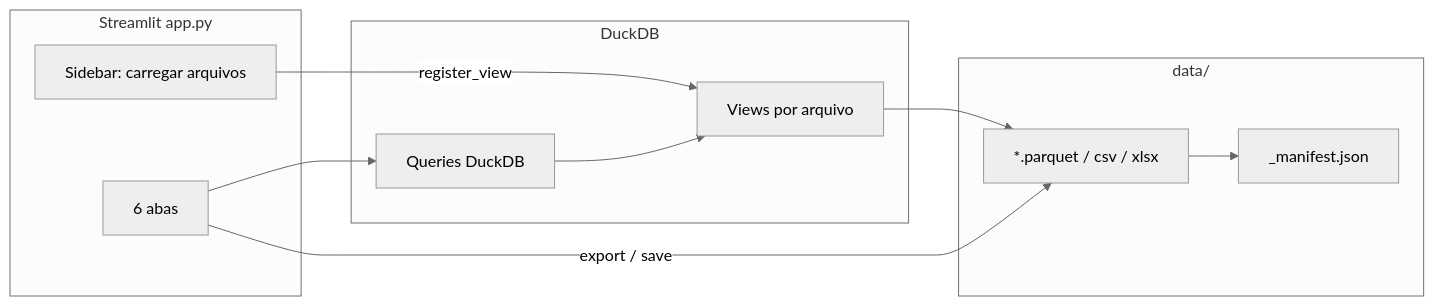
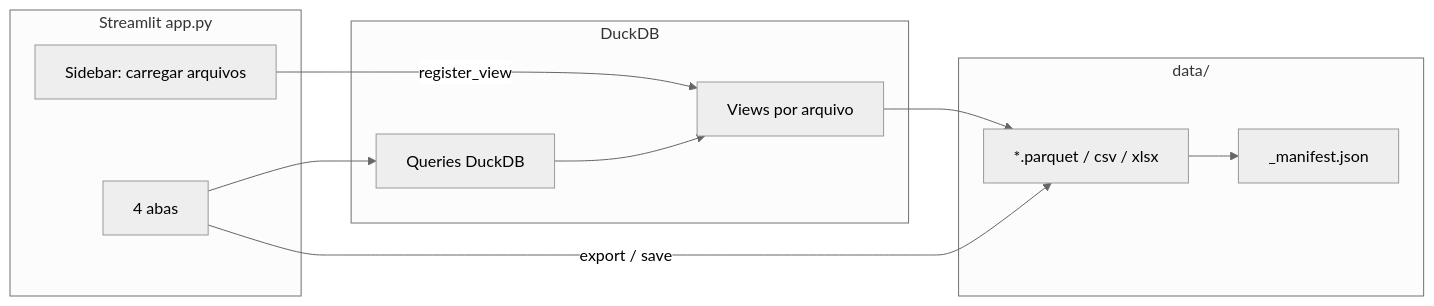
The diagram in LIVING_SPEC.md (GuilhermeRoesler/ParquetQuery), drawn with Mermaid (neutral theme) before and after one commit. The commit also changed other lines of this file and 1 other file, not shown here.

Commit message:
remove: filter and group by tabs

````diff
--- a/LIVING_SPEC.md
+++ b/LIVING_SPEC.md
@@ -66,21 +66,21 @@
 ```mermaid
 flowchart LR
     subgraph UI [Streamlit app.py]
         Sidebar[Sidebar: carregar arquivos]
-        Tabs[6 abas]
+        Tabs[4 abas]
     end
     subgraph Engine [DuckDB]
         Views[Views por arquivo]
         SQL[Queries DuckDB]
     end
     subgraph Storage [data/]
         Parquet[*.parquet / csv / xlsx]
         Manifest[_manifest.json]
     end
     Sidebar -->|register_view| Views
     Tabs --> SQL
     SQL --> Views
     Views --> Parquet
     Tabs -->|export / save| Parquet
     Parquet --> Manifest
 ```
````
